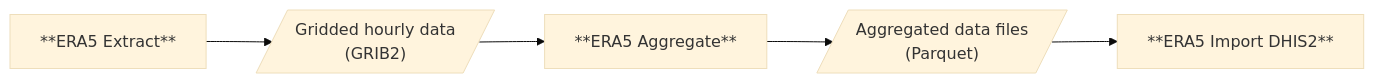
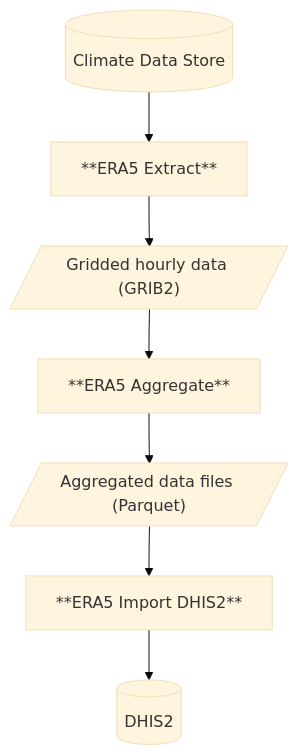
Before and after one commit to BLSQ/openhexa-pipelines-era5: the diagram in README.md, drawn with Mermaid (base theme).

Commit message:
docs: add input and output data systems

````diff
--- a/README.md
+++ b/README.md
@@ -18,7 +18,9 @@
 ```mermaid
-graph LR
-  B["**ERA5 Extract**"] --> D[/"Gridded hourly data<br>(GRIB2)"/]
+graph TB
+  A[(Climate Data Store)] --> B
+  B["**ERA5 Extract**"] --> D[/"Gridded hourly data (GRIB2)"/]
   D --> E["**ERA5 Aggregate**"]
-  E --> F[/"Aggregated data files<br>(Parquet)"/]
+  E --> F[/"Aggregated data files (Parquet)"/]
   F --> G["**ERA5 Import DHIS2**"]
+  G --> H[("DHIS2")]
 ```
````
